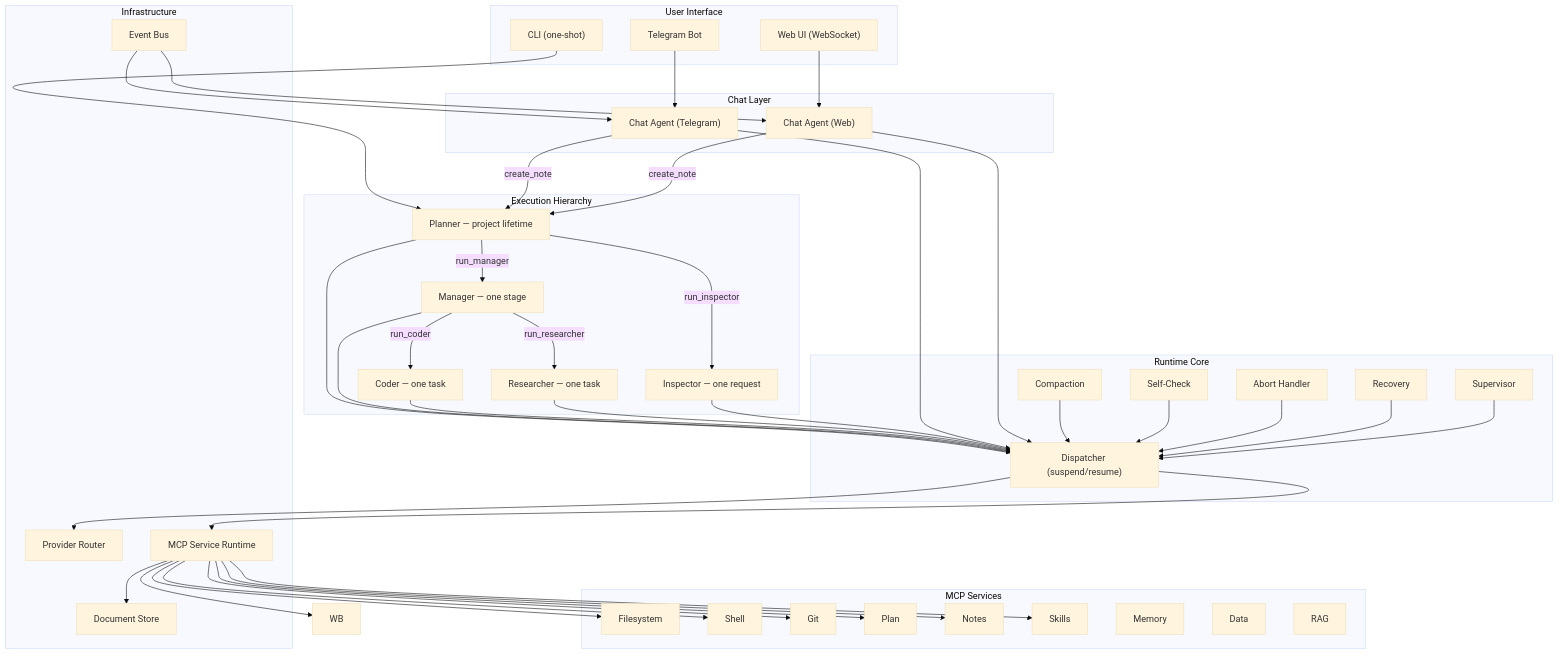
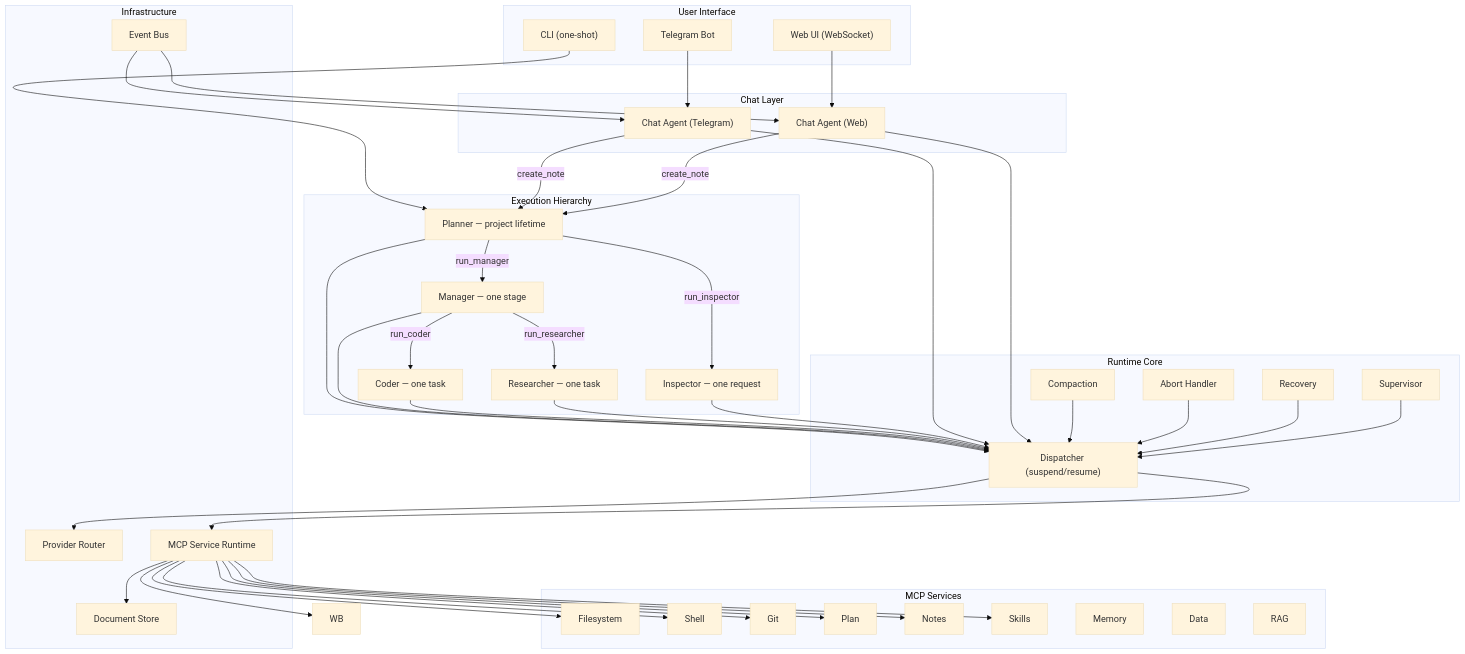
The first of 7 diagrams in docs/internals/architecture.md (salva/saivage), drawn with Mermaid (base theme) before and after one commit. The commit also changed other lines of this file and 15 other files, not shown here.

````diff
--- a/docs/internals/architecture.md
+++ b/docs/internals/architecture.md
@@ -37,72 +37,70 @@
 ```mermaid
 graph TB
     subgraph "User Interface"
         TG["Telegram Bot"]
         WEB["Web UI (WebSocket)"]
         CLI["CLI (one-shot)"]
     end
 
     subgraph "Chat Layer"
         CT["Chat Agent (Telegram)"]
         CW["Chat Agent (Web)"]
     end
 
     subgraph "Execution Hierarchy"
         PL["Planner — project lifetime"]
         MG["Manager — one stage"]
         CD["Coder — one task"]
         RS["Researcher — one task"]
         IN["Inspector — one request"]
     end
 
     subgraph "Runtime Core"
         DISP["Dispatcher (suspend/resume)"]
         COMP["Compaction"]
-        SC["Self-Check"]
         ABORT["Abort Handler"]
         REC["Recovery"]
         SUP["Supervisor"]
     end
 
     subgraph "Infrastructure"
         LLM["Provider Router"]
         MCP["MCP Service Runtime"]
         EBUS["Event Bus"]
         STORE["Document Store"]
     end
 
     subgraph "MCP Services"
         FS["Filesystem"]
         SH["Shell"]
         GIT["Git"]
         PLAN["Plan"]
         NOTES["Notes"]
         SK["Skills"]
         MEM["Memory"]
         DATA["Data"]
         RAG["RAG"]
     end
 
     TG --> CT
     WEB --> CW
     CLI --> PL
     CT -->|create_note| PL
     CW -->|create_note| PL
     PL -->|run_manager| MG
     PL -->|run_inspector| IN
     MG -->|run_coder| CD
     MG -->|run_researcher| RS
 
     PL & MG & CD & RS & IN & CT & CW --> DISP
     DISP --> LLM
     DISP --> MCP
     COMP --> DISP
-    SC --> DISP
     ABORT --> DISP
     REC --> DISP
     SUP --> DISP
 
     MCP --> FS & SH & GIT & PLAN & NOTES & SK & WB
     MCP --> STORE
     EBUS --> CT & CW
 ```
````
